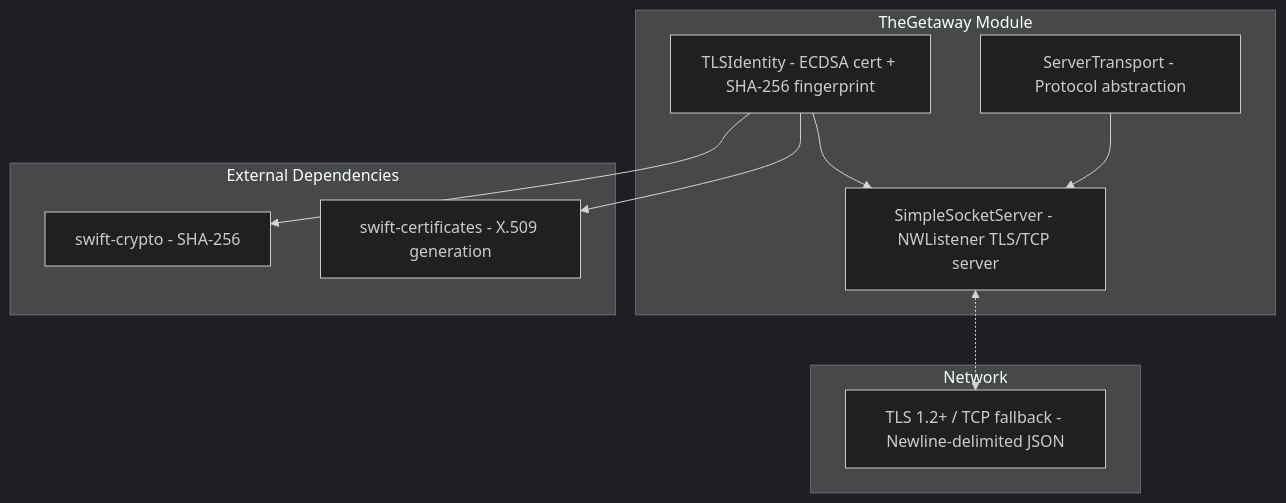
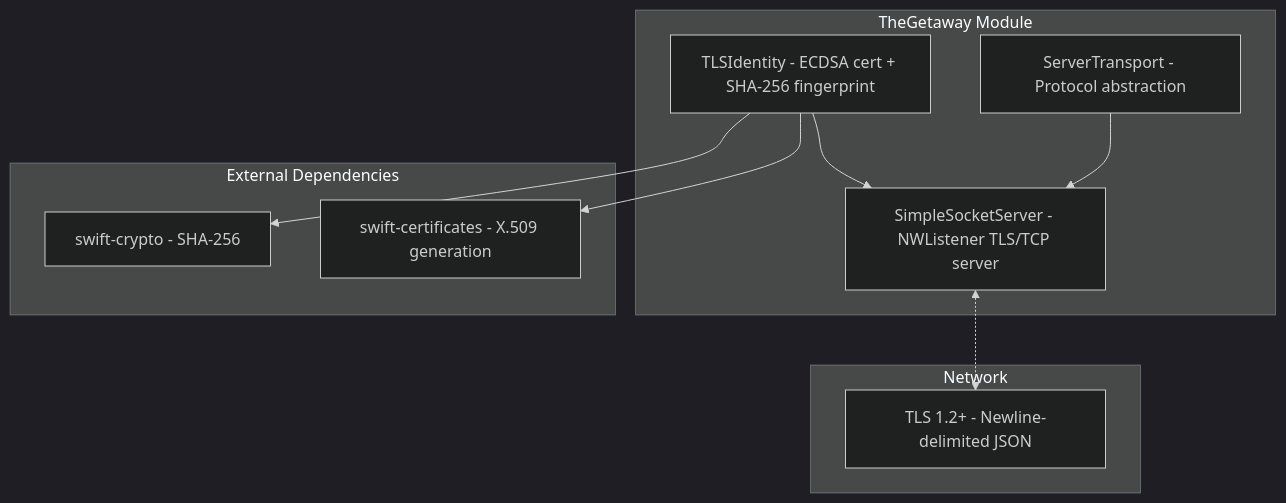
One commit to RoyalPineapple/TheButtonHeist changed the first of 2 diagrams in docs/dossiers/02-THEGETAWAY.md. Above: the diagram before and after it, drawn with Mermaid (dark theme). The commit also changed 4 other files, not shown here.

````diff
--- a/docs/dossiers/02-THEGETAWAY.md
+++ b/docs/dossiers/02-THEGETAWAY.md
@@ -17,23 +17,23 @@
 ```mermaid
 graph TD
     subgraph TG["TheGetaway Module"]
         Server["SimpleSocketServer - NWListener TLS/TCP server"]
         Transport["ServerTransport - Protocol abstraction"]
         TLS["TLSIdentity - ECDSA cert + SHA-256 fingerprint"]
     end
 
     subgraph External["Network"]
-        Conn["TLS 1.2+ / TCP fallback - Newline-delimited JSON"]
+        Conn["TLS 1.2+ - Newline-delimited JSON"]
     end
 
     subgraph Deps["External Dependencies"]
         Crypto["swift-crypto - SHA-256"]
         X509["swift-certificates - X.509 generation"]
     end
 
     TLS --> Server
     Server <-.-> Conn
     Transport --> Server
     TLS --> Crypto
     TLS --> X509
 ```
````
